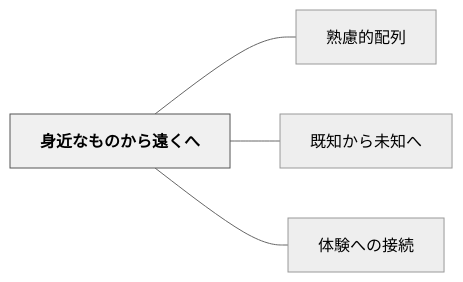
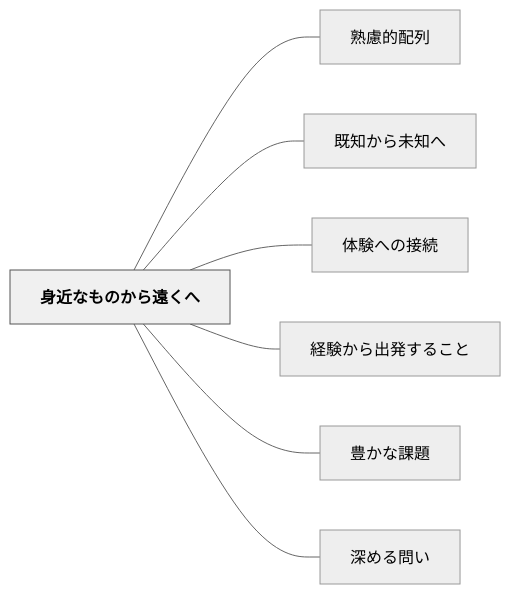
One commit to unknownthings-ed-patterns/unknownthings-ed-patterns changed the diagram in content/パタン/身近なものから遠くへ.md. Above: the diagram before and after it, drawn with Mermaid (neutral theme). The commit also changed 20 other files, not shown here.

````diff
--- a/content/パタン/身近なものから遠くへ.md
+++ b/content/パタン/身近なものから遠くへ.md
@@ -54,14 +51,20 @@
 ```mermaid
 flowchart LR
     ne8baabe8bf91e381aae38282e381aee3818be38289e981a0e3818fe381b8["身近なものから遠くへ"]
     ne7869fe685aee79a84e9858de58897["熟慮的配列"]
     ne697a2e79fa5e3818be38289e69caae79fa5e381b8["既知から未知へ"]
     ne4bd93e9a893e381b8e381aee68ea5e7b69a["体験への接続"]
+    ne7b58ce9a893e3818be38289e587bae799bae38199e3828be38193e381a8["経験から出発すること"]
+    ne8b18ae3818be381aae8aab2e9a18c["豊かな課題"]
+    ne6b7b1e38281e3828be5958fe38184["深める問い"]
 
     ne8baabe8bf91e381aae38282e381aee3818be38289e981a0e3818fe381b8 --- ne7869fe685aee79a84e9858de58897
     ne8baabe8bf91e381aae38282e381aee3818be38289e981a0e3818fe381b8 --- ne697a2e79fa5e3818be38289e69caae79fa5e381b8
     ne8baabe8bf91e381aae38282e381aee3818be38289e981a0e3818fe381b8 --- ne4bd93e9a893e381b8e381aee68ea5e7b69a
+    ne8baabe8bf91e381aae38282e381aee3818be38289e981a0e3818fe381b8 --- ne7b58ce9a893e3818be38289e587bae799bae38199e3828be38193e381a8
+    ne8baabe8bf91e381aae38282e381aee3818be38289e981a0e3818fe381b8 --- ne8b18ae3818be381aae8aab2e9a18c
+    ne8baabe8bf91e381aae38282e381aee3818be38289e981a0e3818fe381b8 --- ne6b7b1e38281e3828be5958fe38184
 
     classDef hub fill:#f0f0f0,stroke:#555,color:#000,font-weight:bold
     class ne8baabe8bf91e381aae38282e381aee3818be38289e981a0e3818fe381b8 hub
 ```
````
